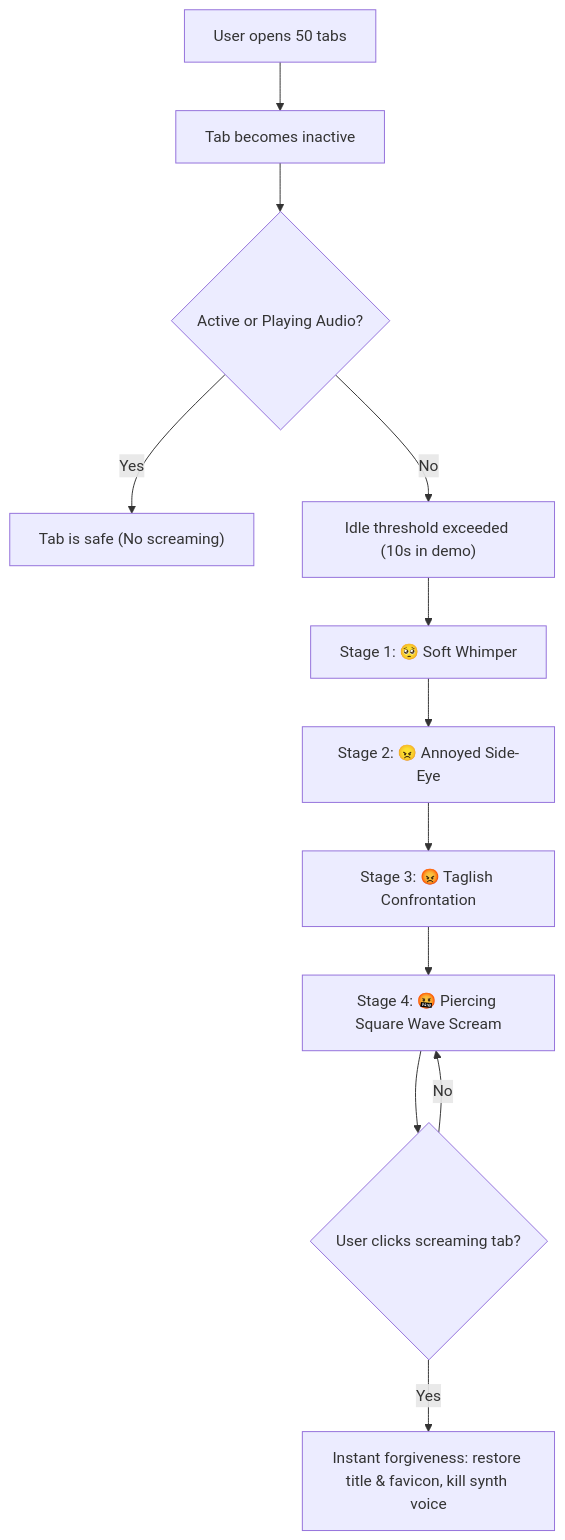
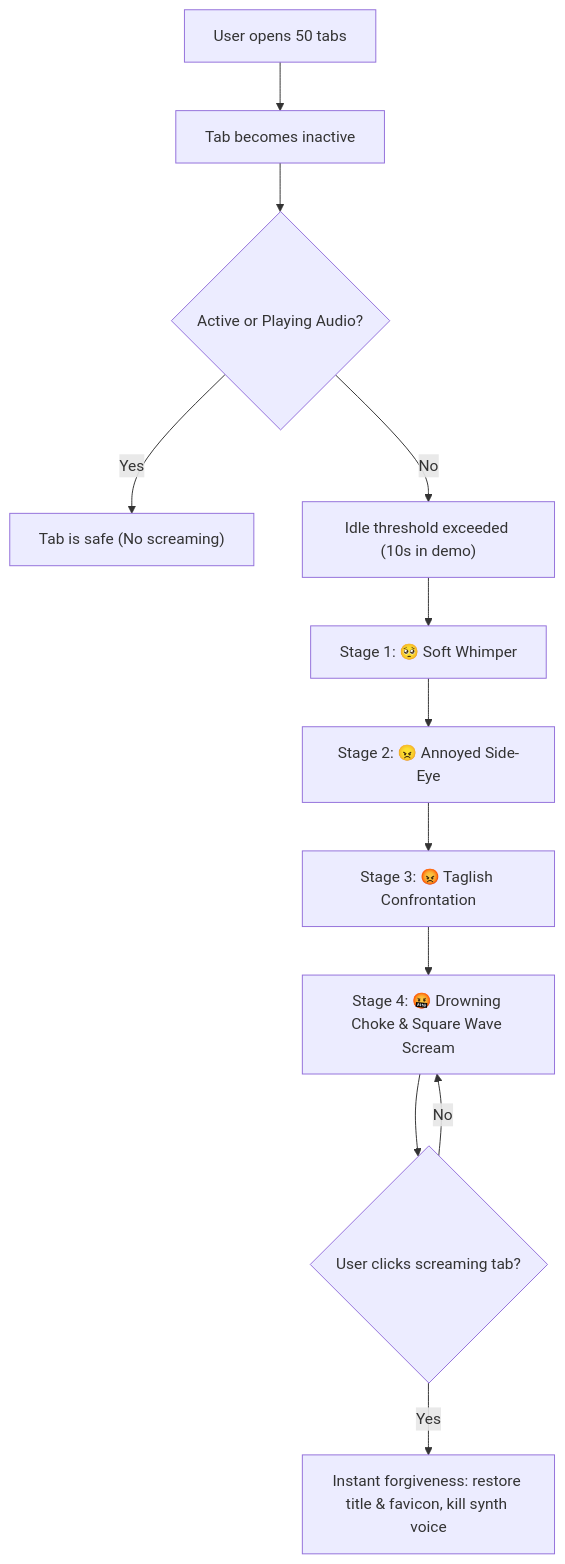
The diagram in README.md (helenaherrero515/raymo), drawn with Mermaid before and after one commit. The commit also changed other lines of this file, not shown here.

````diff
--- a/README.md
+++ b/README.md
@@ -108,14 +108,14 @@
 ```mermaid
 flowchart TD
     A["User opens 50 tabs"] --> B["Tab becomes inactive"]
     B --> C{"Active or Playing Audio?"}
     C -- Yes --> D["Tab is safe (No screaming)"]
     C -- No --> E["Idle threshold exceeded (10s in demo)"]
     E --> F["Stage 1: 🥺 Soft Whimper"]
     F --> G["Stage 2: 😠 Annoyed Side-Eye"]
     G --> H["Stage 3: 😡 Taglish Confrontation"]
-    H --> I["Stage 4: 🤬 Piercing Square Wave Scream"]
+    H --> I["Stage 4: 🤬 Drowning Choke & Square Wave Scream"]
     I --> J{"User clicks screaming tab?"}
     J -- Yes --> K["Instant forgiveness: restore title & favicon, kill synth voice"]
     J -- No --> I
 ```
````
